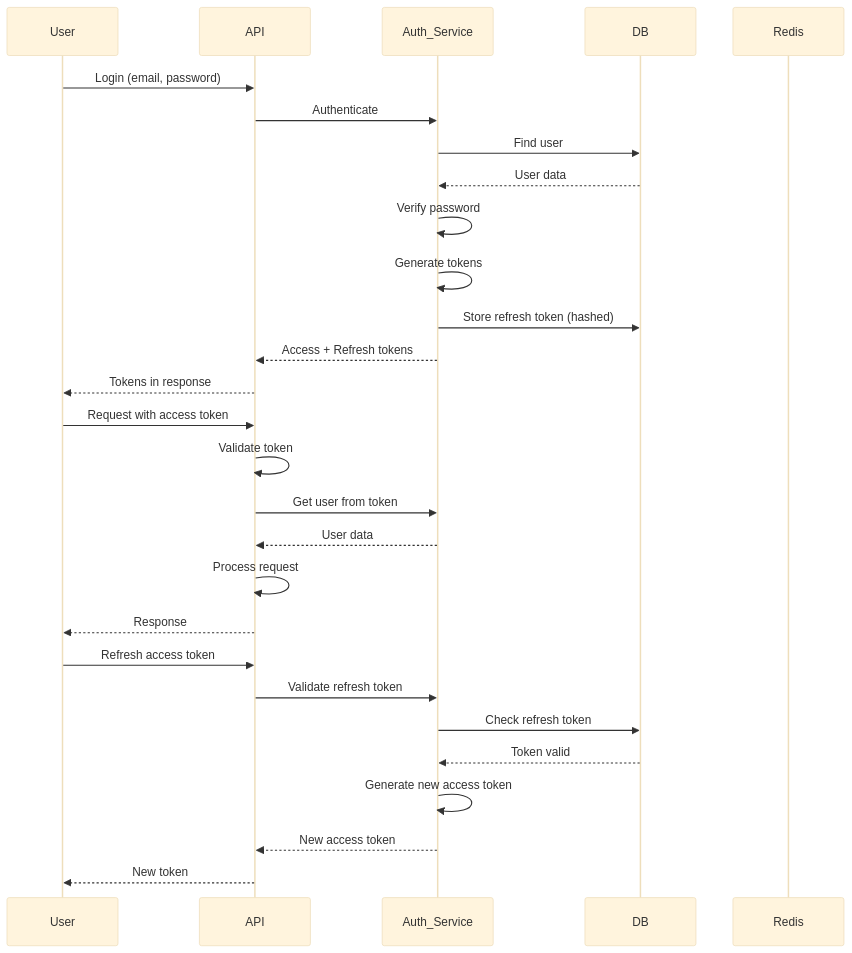
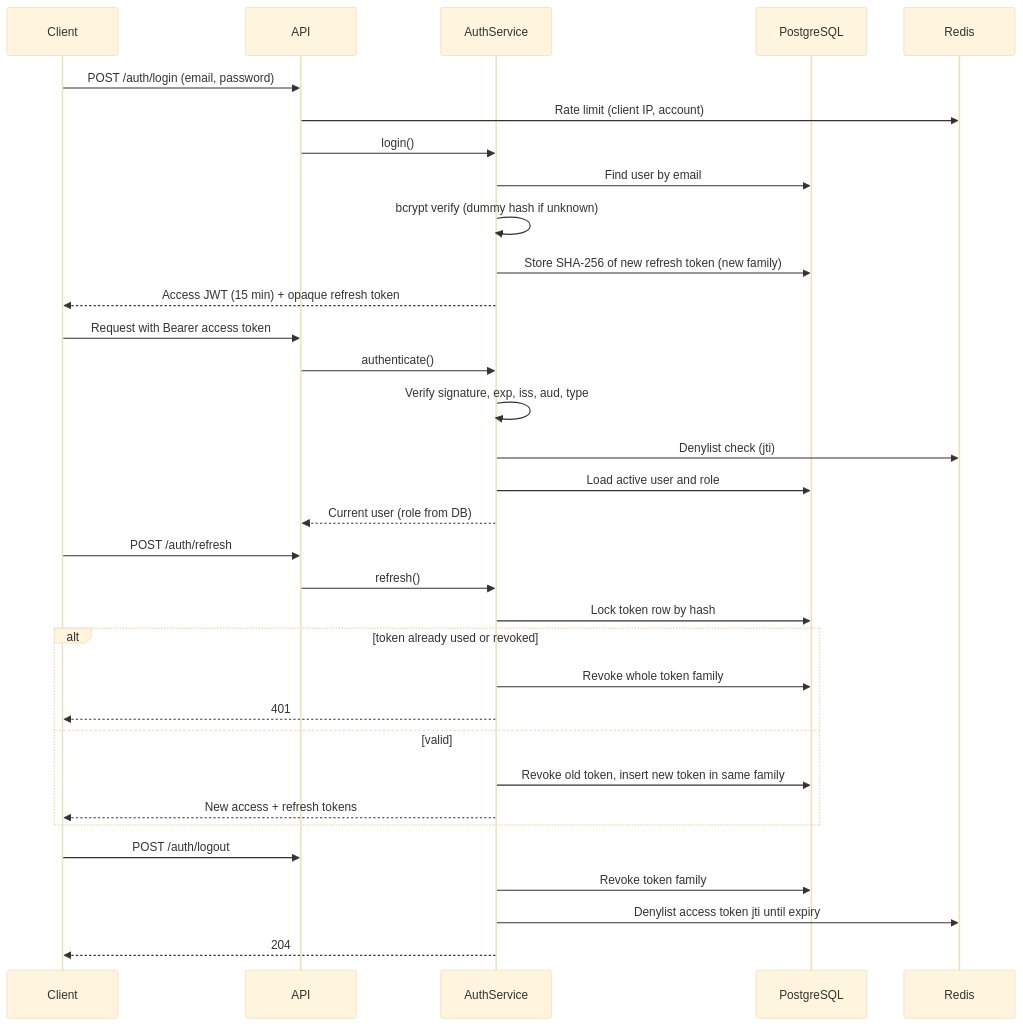
The ninth of 20 diagrams in docs/02_ARCHITECTURE.md (Jobayer-hasan-rifat/Rag), drawn with Mermaid (base theme) before and after one commit. The commit also changed other lines of this file and 52 other files, not shown here.

````diff
--- a/docs/02_ARCHITECTURE.md
+++ b/docs/02_ARCHITECTURE.md
@@ -359,33 +361,39 @@
 ```mermaid
 sequenceDiagram
-    participant User
+    participant C as Client
     participant API
-    participant Auth_Service
-    participant DB
-    participant Redis
-    
-    User->>API: Login (email, password)
-    API->>Auth_Service: Authenticate
-    Auth_Service->>DB: Find user
-    DB-->>Auth_Service: User data
-    Auth_Service->>Auth_Service: Verify password
-    Auth_Service->>Auth_Service: Generate tokens
-    Auth_Service->>DB: Store refresh token (hashed)
-    Auth_Service-->>API: Access + Refresh tokens
-    API-->>User: Tokens in response
-    
-    User->>API: Request with access token
-    API->>API: Validate token
-    API->>Auth_Service: Get user from token
-    Auth_Service-->>API: User data
-    API->>API: Process request
-    API-->>User: Response
-    
-    User->>API: Refresh access token
-    API->>Auth_Service: Validate refresh token
-    Auth_Service->>DB: Check refresh token
-    DB-->>Auth_Service: Token valid
-    Auth_Service->>Auth_Service: Generate new access token
-    Auth_Service-->>API: New access token
-    API-->>User: New token
+    participant Auth as AuthService
+    participant DB as PostgreSQL
+    participant R as Redis
+
+    C->>API: POST /auth/login (email, password)
+    API->>R: Rate limit (client IP, account)
+    API->>Auth: login()
+    Auth->>DB: Find user by email
+    Auth->>Auth: bcrypt verify (dummy hash if unknown)
+    Auth->>DB: Store SHA-256 of new refresh token (new family)
+    Auth-->>C: Access JWT (15 min) + opaque refresh token
+
+    C->>API: Request with Bearer access token
+    API->>Auth: authenticate()
+    Auth->>Auth: Verify signature, exp, iss, aud, type
+    Auth->>R: Denylist check (jti)
+    Auth->>DB: Load active user and role
+    Auth-->>API: Current user (role from DB)
+
+    C->>API: POST /auth/refresh
+    API->>Auth: refresh()
+    Auth->>DB: Lock token row by hash
+    alt token already used or revoked
+        Auth->>DB: Revoke whole token family
+        Auth-->>C: 401
+    else valid
+        Auth->>DB: Revoke old token, insert new token in same family
+        Auth-->>C: New access + refresh tokens
+    end
+
+    C->>API: POST /auth/logout
+    Auth->>DB: Revoke token family
+    Auth->>R: Denylist access token jti until expiry
+    Auth-->>C: 204
 ```
````
